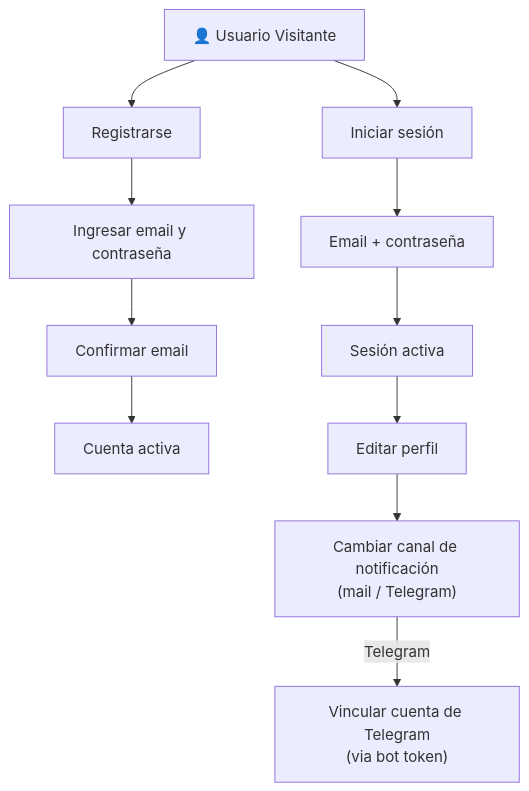
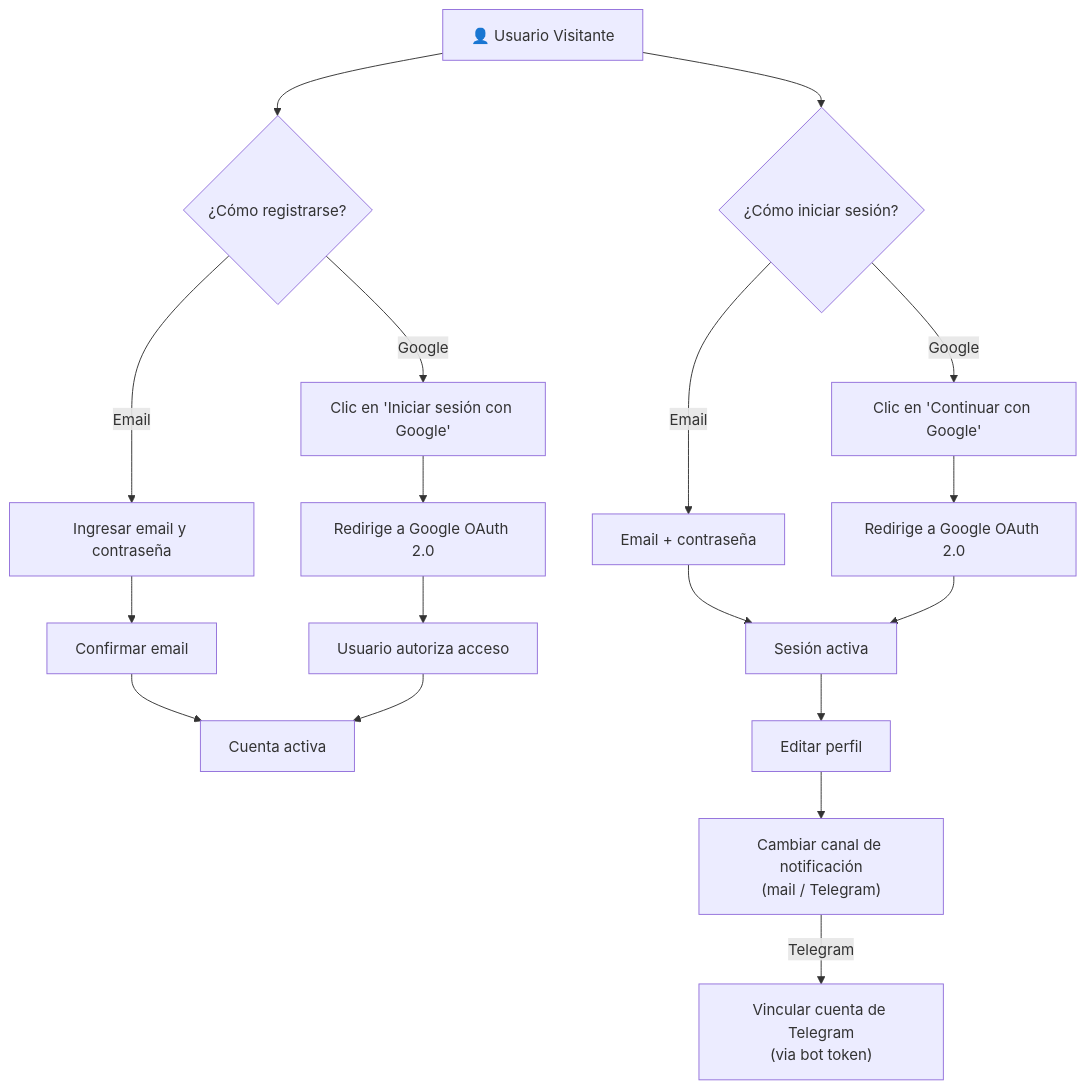
Before and after one commit to rchamy/perfum-prices-v2: the seventh of 8 diagrams in docs/UseCases.md, drawn with Mermaid. The commit also changed other lines of this file and 8 other files, not shown here.

````diff
--- a/docs/UseCases.md
+++ b/docs/UseCases.md
@@ -176,17 +176,26 @@
 ```mermaid
 flowchart TD
     Visitor["👤 Usuario Visitante"]
 
-    Visitor --> R1["Registrarse"]
-    R1 --> R2["Ingresar email y contraseña"]
+    Visitor --> R1{"¿Cómo registrarse?"}
+    R1 -->|"Email"| R2["Ingresar email y contraseña"]
     R2 --> R3["Confirmar email"]
     R3 --> R4["Cuenta activa"]
 
-    Visitor --> L1["Iniciar sesión"]
-    L1 --> L2["Email + contraseña"]
+    R1 -->|"Google"| R5["Clic en 'Iniciar sesión con Google'"]
+    R5 --> R6["Redirige a Google OAuth 2.0"]
+    R6 --> R7["Usuario autoriza acceso"]
+    R7 --> R4
+
+    Visitor --> L1{"¿Cómo iniciar sesión?"}
+    L1 -->|"Email"| L2["Email + contraseña"]
     L2 --> L3["Sesión activa"]
+
+    L1 -->|"Google"| L4["Clic en 'Continuar con Google'"]
+    L4 --> L5["Redirige a Google OAuth 2.0"]
+    L5 --> L3
 
     L3 --> P1["Editar perfil"]
     P1 --> P2["Cambiar canal de notificación\n(mail / Telegram)"]
     P2 -->|"Telegram"| P3["Vincular cuenta de Telegram\n(via bot token)"]
 ```
````
